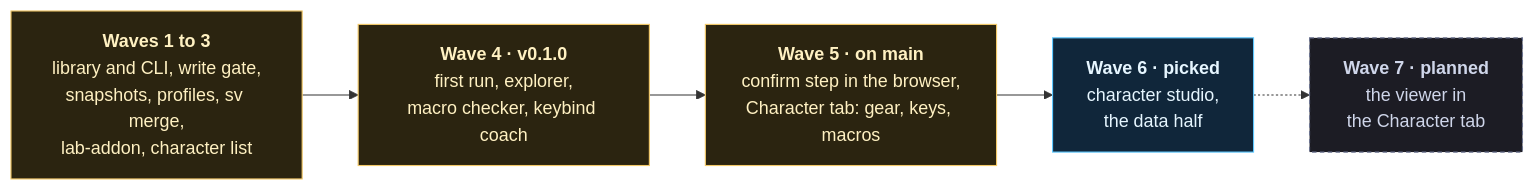
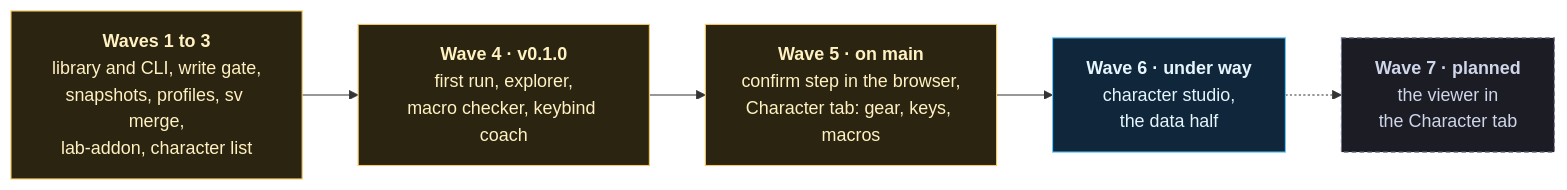
One commit to sandgraal/wowlab changed the second of 2 diagrams in README.md. Above: the diagram before and after it, drawn with Mermaid. The commit also changed other lines of this file and 5 other files, not shown here.

````diff
--- a/README.md
+++ b/README.md
@@ -220,12 +213,12 @@
 ```mermaid
 flowchart LR
     W1["<b>Waves 1 to 3</b><br/>library and CLI, write gate,<br/>snapshots, profiles, sv merge,<br/>lab-addon, character list"]:::done
     W4["<b>Wave 4 · v0.1.0</b><br/>first run, explorer,<br/>macro checker, keybind coach"]:::done
     W5["<b>Wave 5 · on main</b><br/>confirm step in the browser,<br/>Character tab: gear, keys, macros"]:::done
-    W6["<b>Wave 6 · picked</b><br/>character studio,<br/>the data half"]:::next
+    W6["<b>Wave 6 · under way</b><br/>character studio,<br/>the data half"]:::next
     W7["<b>Wave 7 · planned</b><br/>the viewer in<br/>the Character tab"]:::plan
     W1 --> W4 --> W5 --> W6 -.-> W7
     classDef done fill:#2b2410,stroke:#f3c969,color:#fff1c2
     classDef next fill:#10263a,stroke:#5ec8ff,color:#e6f6ff
     classDef plan fill:#1c1c24,stroke:#6b7390,color:#cfd6ea,stroke-dasharray:4 3
 ```
````
